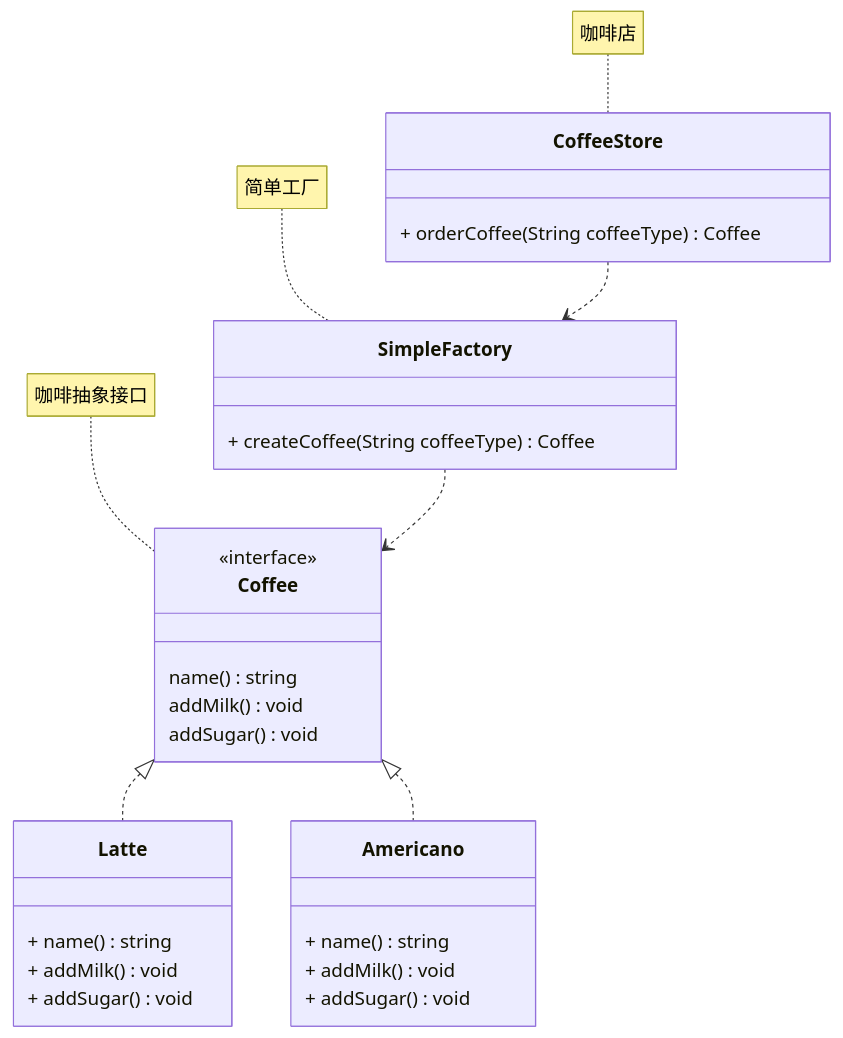
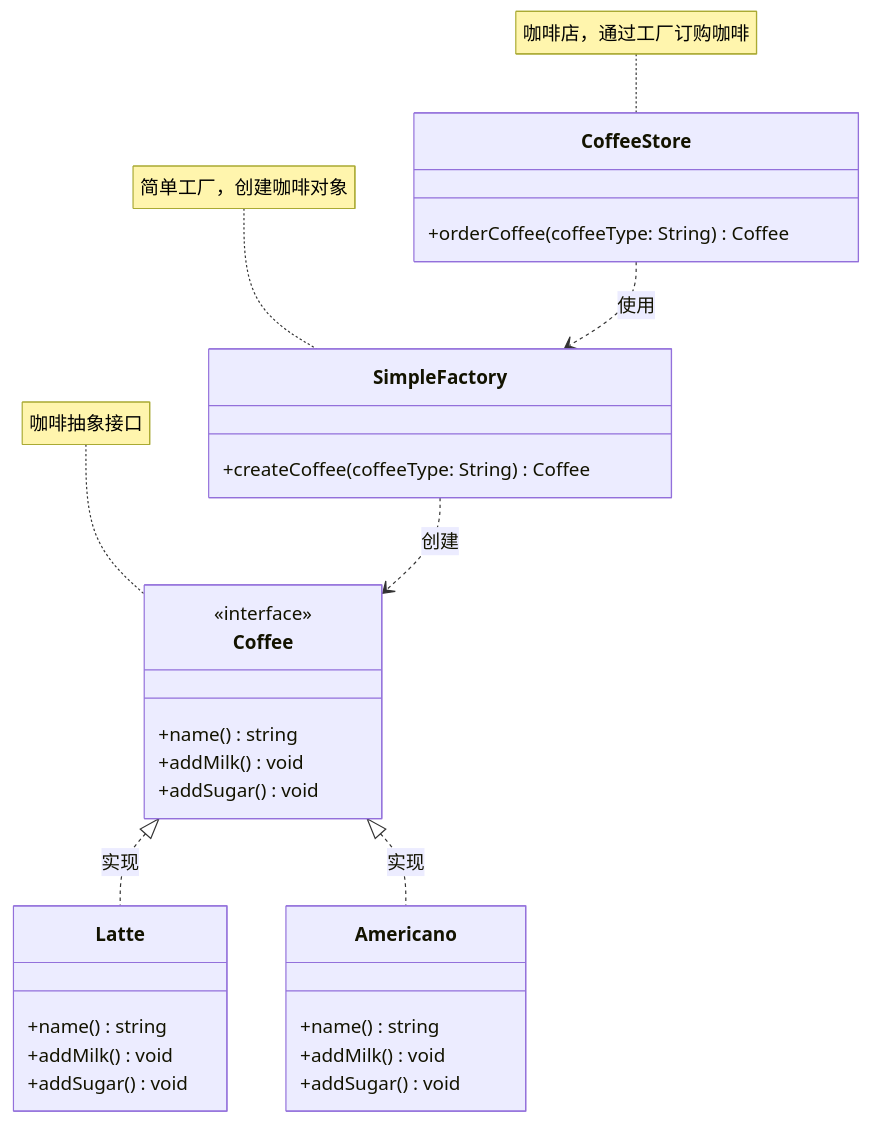
The diagram in docs/zh/后端/01-Golang/03-Golang设计模式/03-简单工厂.md (magicgopher/magicgopher-blog), drawn with Mermaid before and after one commit. The commit also changed 1 other file, not shown here.

Commit message:
docs(golang): 设计模式文档修改。
修改简单工厂UML类图。
修改工厂方法模式UML类图。

````diff
--- a/docs/zh/后端/01-Golang/03-Golang设计模式/03-简单工厂.md
+++ b/docs/zh/后端/01-Golang/03-Golang设计模式/03-简单工厂.md
@@ -27,31 +27,43 @@
 ```mermaid
 classDiagram
-    class Coffee
-    <<interface>> Coffee
-    Coffee: name() string
-    Coffee: addMilk() void
-    Coffee: addSugar() void
+    %% 咖啡抽象接口
+    class Coffee {
+        <<interface>>
+        +name() string
+        +addMilk() void
+        +addSugar() void
+    }
     note for Coffee "咖啡抽象接口"
+
+    %% 具体咖啡类
     class Latte {
-        + name() string
-        + addMilk() void
-        + addSugar() void
+        +name() string
+        +addMilk() void
+        +addSugar() void
     }
     class Americano {
-        + name() string
-        + addMilk() void
-        + addSugar() void
+        +name() string
+        +addMilk() void
+        +addSugar() void
     }
-    Coffee <|.. Latte
-    Coffee <|.. Americano
+
+    %% 实现关系
+    Coffee <|.. Latte : 实现
+    Coffee <|.. Americano : 实现
+
+    %% 简单工厂
     class SimpleFactory {
-        + createCoffee(String coffeeType) Coffee
+        +createCoffee(coffeeType: String) Coffee
     }
-    note for SimpleFactory "简单工厂"
-    SimpleFactory ..> Coffee
+    note for SimpleFactory "简单工厂，创建咖啡对象"
+
+    %% 咖啡店
     class CoffeeStore {
-        + orderCoffee(String coffeeType) Coffee
+        +orderCoffee(coffeeType: String) Coffee
     }
-    note for CoffeeStore "咖啡店"
-    CoffeeStore ..> SimpleFactory
+    note for CoffeeStore "咖啡店，通过工厂订购咖啡"
+
+    %% 依赖关系
+    SimpleFactory ..> Coffee : 创建
+    CoffeeStore ..> SimpleFactory : 使用
 ```
````
